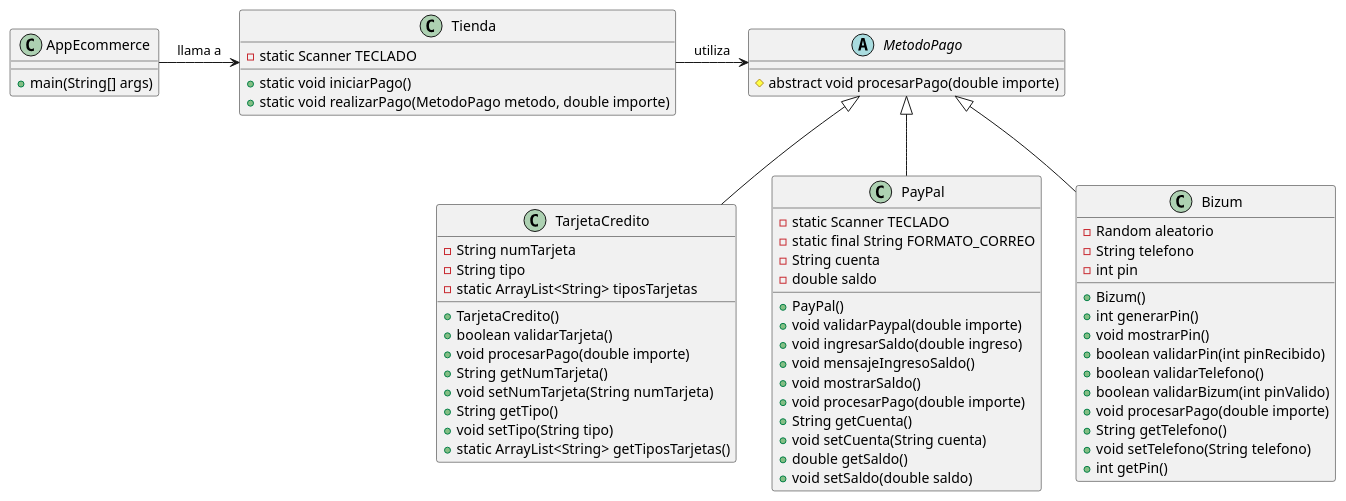
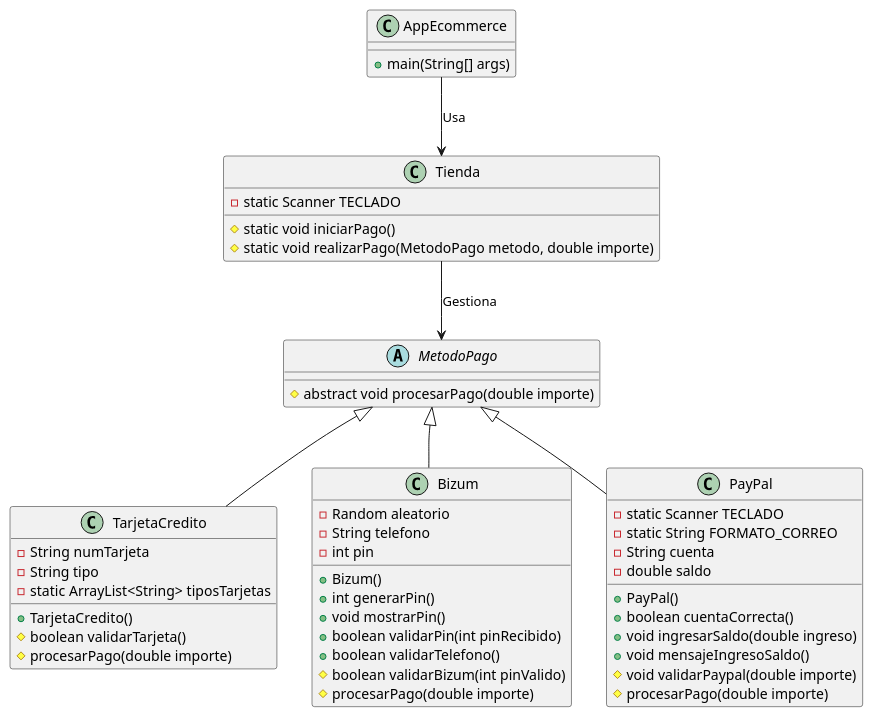
One commit to fustran/Ejercicios_Ivan_Poo changed the diagram in src/main/java/com/poo/T6_UsoAvanzado_ClasesObjetos/B_Clases_Abstractas/Practica_1/PlantUML/diagrama.puml. Above: the diagram before and after it, drawn with PlantUML. The commit also changed 6 other files, not shown here.

```diff
--- a/src/main/java/com/poo/T6_UsoAvanzado_ClasesObjetos/B_Clases_Abstractas/Practica_1/PlantUML/diagrama.puml
+++ b/src/main/java/com/poo/T6_UsoAvanzado_ClasesObjetos/B_Clases_Abstractas/Practica_1/PlantUML/diagrama.puml
@@ -1,70 +1,59 @@
 @startuml
 
 class AppEcommerce {
     +main(String[] args)
 }
 
-class Tienda {
-    - static Scanner TECLADO
-    + static void iniciarPago()
-    + static void realizarPago(MetodoPago metodo, double importe)
-}
-
 abstract class MetodoPago {
     # abstract void procesarPago(double importe)
 }
 
-class TarjetaCredito {
+class Tienda {
+    - static Scanner TECLADO
+    # static void iniciarPago()
+    # static void realizarPago(MetodoPago metodo, double importe)
+}
+
+class TarjetaCredito extends MetodoPago {
     - String numTarjeta
     - String tipo
     - static ArrayList<String> tiposTarjetas
     + TarjetaCredito()
-    + boolean validarTarjeta()
-    + void procesarPago(double importe)
-    + String getNumTarjeta()
-    + void setNumTarjeta(String numTarjeta)
-    + String getTipo()
-    + void setTipo(String tipo)
-    + static ArrayList<String> getTiposTarjetas()
+    # boolean validarTarjeta()
+    # procesarPago(double importe)
 }
 
-class PayPal {
-    - static Scanner TECLADO
-    - static final String FORMATO_CORREO
-    - String cuenta
-    - double saldo
-    + PayPal()
-    + void validarPaypal(double importe)
-    + void ingresarSaldo(double ingreso)
-    + void mensajeIngresoSaldo()
-    + void mostrarSaldo()
-    + void procesarPago(double importe)
-    + String getCuenta()
-    + void setCuenta(String cuenta)
-    + double getSaldo()
-    + void setSaldo(double saldo)
-}
-
-class Bizum {
+class Bizum extends MetodoPago {
     - Random aleatorio
     - String telefono
     - int pin
     + Bizum()
     + int generarPin()
     + void mostrarPin()
     + boolean validarPin(int pinRecibido)
     + boolean validarTelefono()
-    + boolean validarBizum(int pinValido)
-    + void procesarPago(double importe)
-    + String getTelefono()
-    + void setTelefono(String telefono)
-    + int getPin()
+    # boolean validarBizum(int pinValido)
+    # procesarPago(double importe)
 }
 
-AppEcommerce -> Tienda : llama a
-Tienda -> MetodoPago : utiliza
-MetodoPago <|-- TarjetaCredito
-MetodoPago <|-- PayPal
-MetodoPago <|-- Bizum
+class PayPal extends MetodoPago {
+    - static Scanner TECLADO
+    - static String FORMATO_CORREO
+    - String cuenta
+    - double saldo
+    + PayPal()
+    + boolean cuentaCorrecta()
+    + void ingresarSaldo(double ingreso)
+    + void mensajeIngresoSaldo()
+    # void validarPaypal(double importe)
+    # procesarPago(double importe)
+}
+
+AppEcommerce --> Tienda : "Usa"
+Tienda --> MetodoPago : "Gestiona"
+
+MetodoPago -[hidden]-> TarjetaCredito
+MetodoPago -[hidden]-> Bizum
+MetodoPago -[hidden]-> PayPal
 
 @enduml
```
